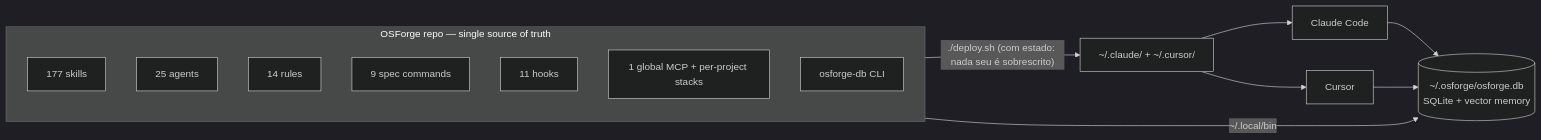
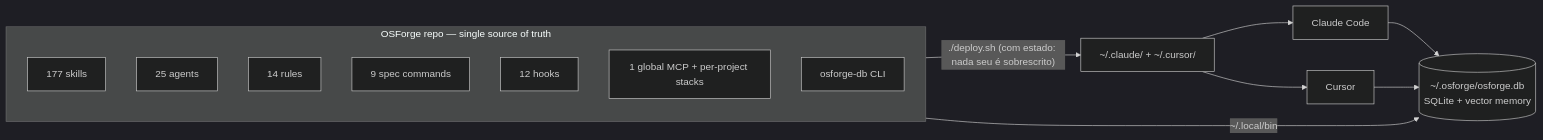
Before and after one commit to plocemourasouza/osforge: the first of 5 diagrams in README.md, drawn with Mermaid (dark theme). The commit also changed 13 other files, not shown here.

````diff
--- a/README.md
+++ b/README.md
@@ -76,19 +76,19 @@
 ```mermaid
 flowchart LR
   subgraph REPO["OSForge repo — single source of truth"]
     direction TB
     SK["177 skills"]
     AG["25 agents"]
     RU["14 rules"]
     CM["9 spec commands"]
-    HK["11 hooks"]
+    HK["12 hooks"]
     MC["1 global MCP + per-project stacks"]
     DBCLI["osforge-db CLI"]
   end
   REPO -->|"./deploy.sh (com estado: nada seu é sobrescrito)"| HOME["~/.claude/ + ~/.cursor/"]
   HOME --> CC["Claude Code"]
   HOME --> CU["Cursor"]
   DBCLI -->|"~/.local/bin"| STATE[("~/.osforge/osforge.db<br/>SQLite + vector memory")]
   CC --> STATE
   CU --> STATE
 ```
````
